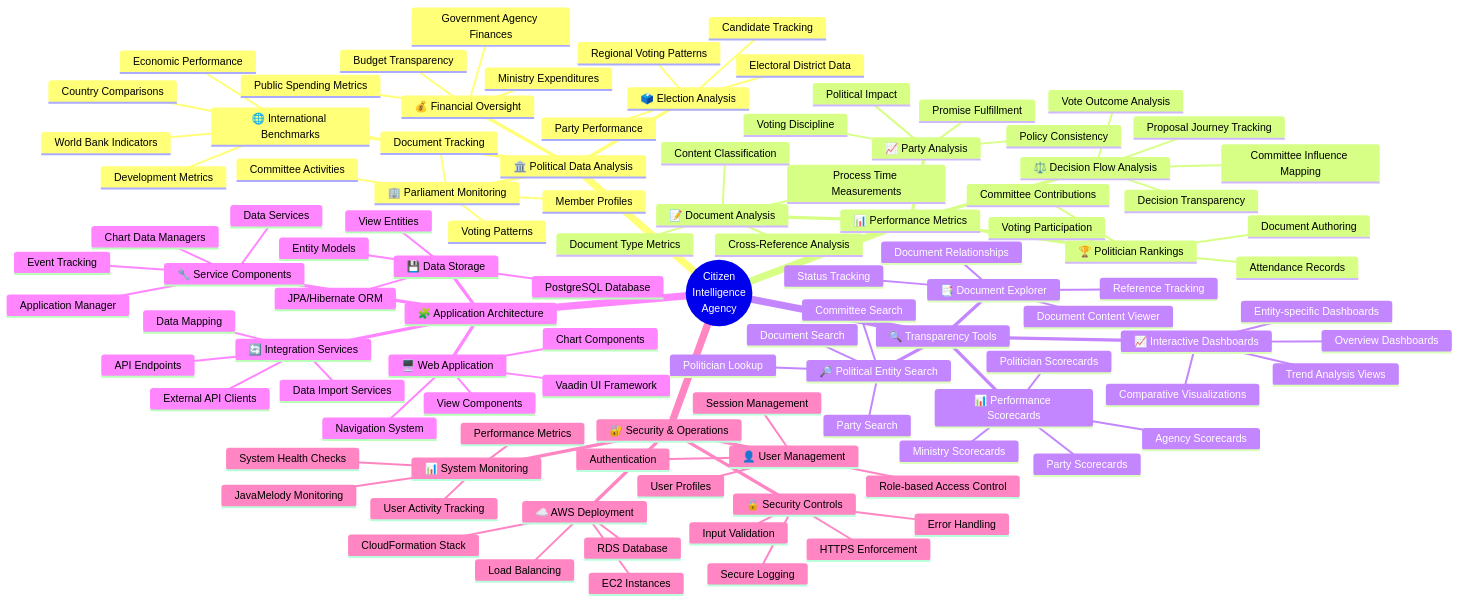
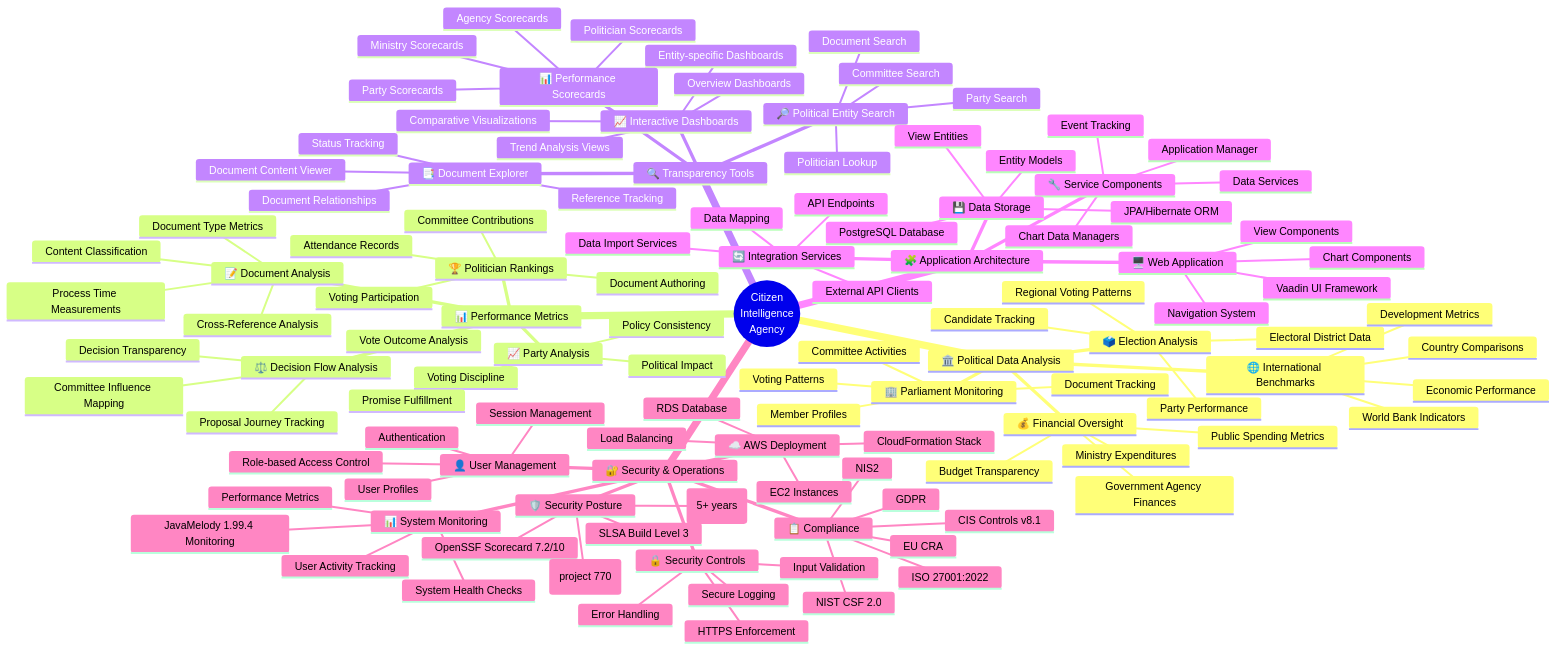
The first of 7 diagrams in MINDMAP.md (Hack23/cia), drawn with Mermaid before and after one commit. The commit also changed other lines of this file and 12 other files, not shown here.

First line of the commit message:
docs: refresh 13 ISMS-required architecture, lifecycle and security documents to current state (#8578)

```diff
--- a/MINDMAP.md
+++ b/MINDMAP.md
@@ -156,7 +157,7 @@
         User Profiles
         Session Management
       📊 System Monitoring
-        JavaMelody Monitoring
+        JavaMelody 1.99.4 Monitoring
         Performance Metrics
         User Activity Tracking
         System Health Checks
@@ -165,6 +166,18 @@
         HTTPS Enforcement
         Error Handling
         Secure Logging
+      🛡️ Security Posture
+        OpenSSF Scorecard 7.2/10
+        SLSA Build Level 3
+        CII Best Practices (project 770)
+        Zero Critical CVEs (5+ years)
+      📋 Compliance
+        ISO 27001:2022
+        NIST CSF 2.0
+        CIS Controls v8.1
+        GDPR
+        NIS2
+        EU CRA
       ☁️ AWS Deployment
         CloudFormation Stack
         EC2 Instances
```
